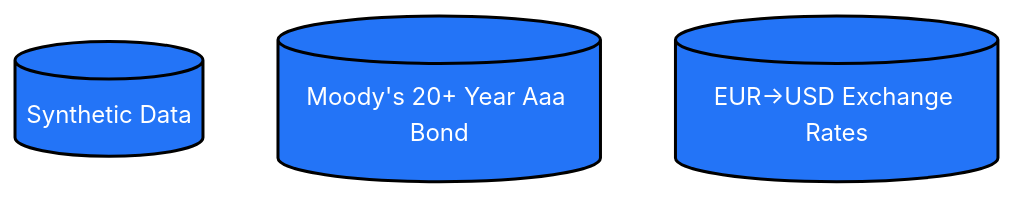
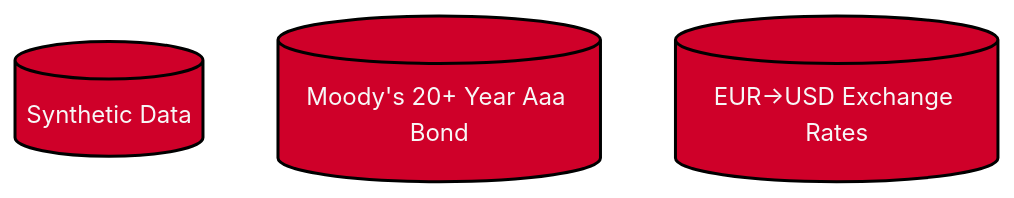
One commit to acatlin/mermaid changed the first of 4 diagrams in labels.md. Above: the diagram before and after it, drawn with Mermaid.

````diff
--- a/labels.md
+++ b/labels.md
@@ -1,16 +1,19 @@
 ```mermaid
 
 graph TD
 
   %% Colors %%
   classDef blue fill:#2374f7,stroke:#000,stroke-width:2px,color:#fff
   classDef orange fill:#fc822b,stroke:#000,stroke-width:2px,color:#fff
   classDef green fill:#16b552,stroke:#000,stroke-width:2px,color:#fff
   classDef red fill:#ed2633,stroke:#000,stroke-width:2px,color:#fff
   classDef magenta fill:magenta,stroke:#000,stroke-width:2px,color:#fff
+  classDef s_p fill:#cf0029,stroke:#000,stroke-width:2px,color:#f7f7f7
 
-  A1[(Synthetic Data)]:::blue
-  B1[(Moody's 20+ Year Aaa Bond)]:::blue
-  C1[(EUR->USD Exchange Rates)]:::blue
+  
+
+  A1[(Synthetic Data)]:::s_p
+  B1[(Moody's 20+ Year Aaa Bond)]:::s_p
+  C1[(EUR->USD Exchange Rates)]:::s_p
 
 ```
````
